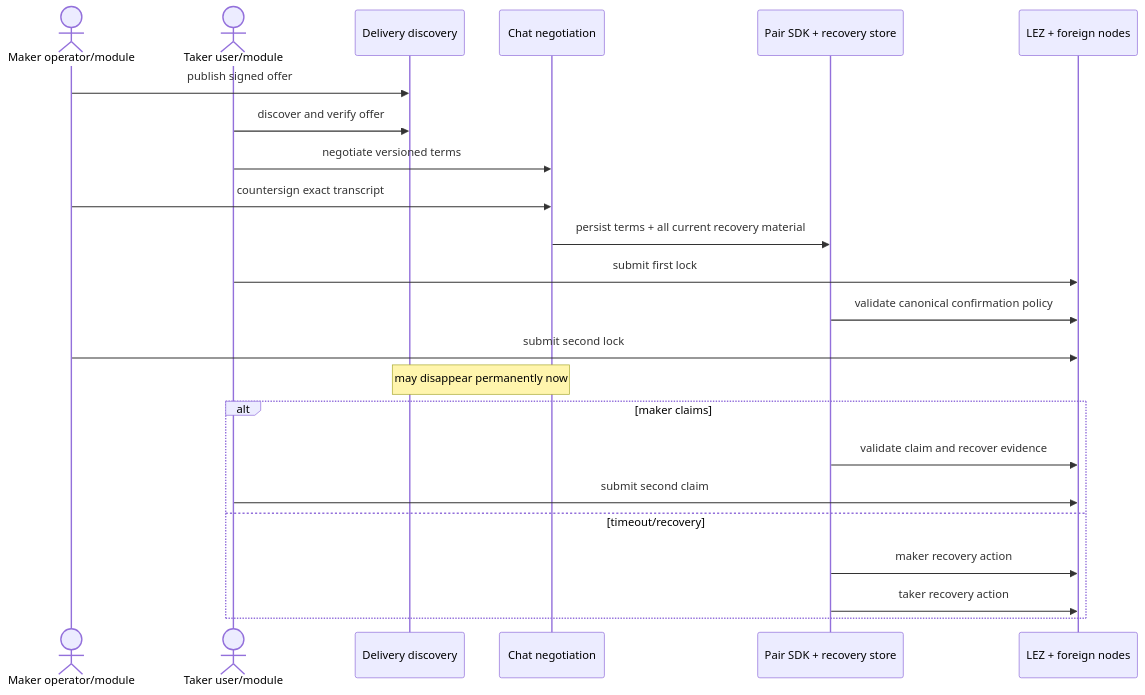
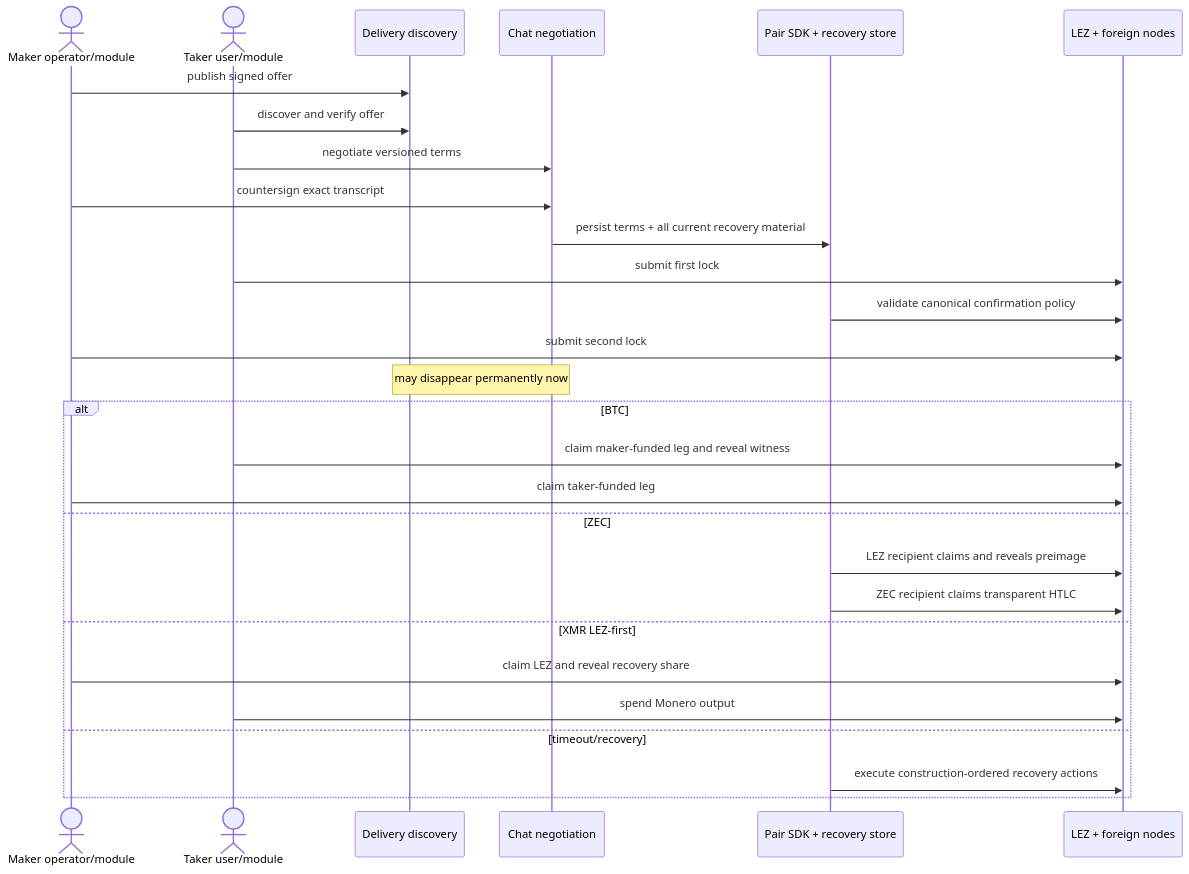
The second of 2 diagrams in docs/milestone-1/sdk-trait-surface.md (gateway-fm/lez-atomic-swaps), drawn with Mermaid before and after one commit. The commit also changed other lines of this file and 18 other files, not shown here.

````diff
--- a/docs/milestone-1/sdk-trait-surface.md
+++ b/docs/milestone-1/sdk-trait-surface.md
@@ -97,25 +99,30 @@
 ```mermaid
 sequenceDiagram
     actor Maker as Maker operator/module
     actor Taker as Taker user/module
     participant D as Delivery discovery
     participant C as Chat negotiation
     participant SDK as Pair SDK + recovery store
     participant Chains as LEZ + foreign nodes
     Maker->>D: publish signed offer
     Taker->>D: discover and verify offer
     Taker->>C: negotiate versioned terms
     Maker->>C: countersign exact transcript
     C->>SDK: persist terms + all current recovery material
     Taker->>Chains: submit first lock
     SDK->>Chains: validate canonical confirmation policy
     Maker->>Chains: submit second lock
     Note over D,C: may disappear permanently now
-    alt maker claims
-        SDK->>Chains: validate claim and recover evidence
-        Taker->>Chains: submit second claim
+    alt BTC
+        Taker->>Chains: claim maker-funded leg and reveal witness
+        Maker->>Chains: claim taker-funded leg
+    else ZEC
+        SDK->>Chains: LEZ recipient claims and reveals preimage
+        SDK->>Chains: ZEC recipient claims transparent HTLC
+    else XMR LEZ-first
+        Maker->>Chains: claim LEZ and reveal recovery share
+        Taker->>Chains: spend Monero output
     else timeout/recovery
-        SDK->>Chains: maker recovery action
-        SDK->>Chains: taker recovery action
+        SDK->>Chains: execute construction-ordered recovery actions
     end
 ```
````
